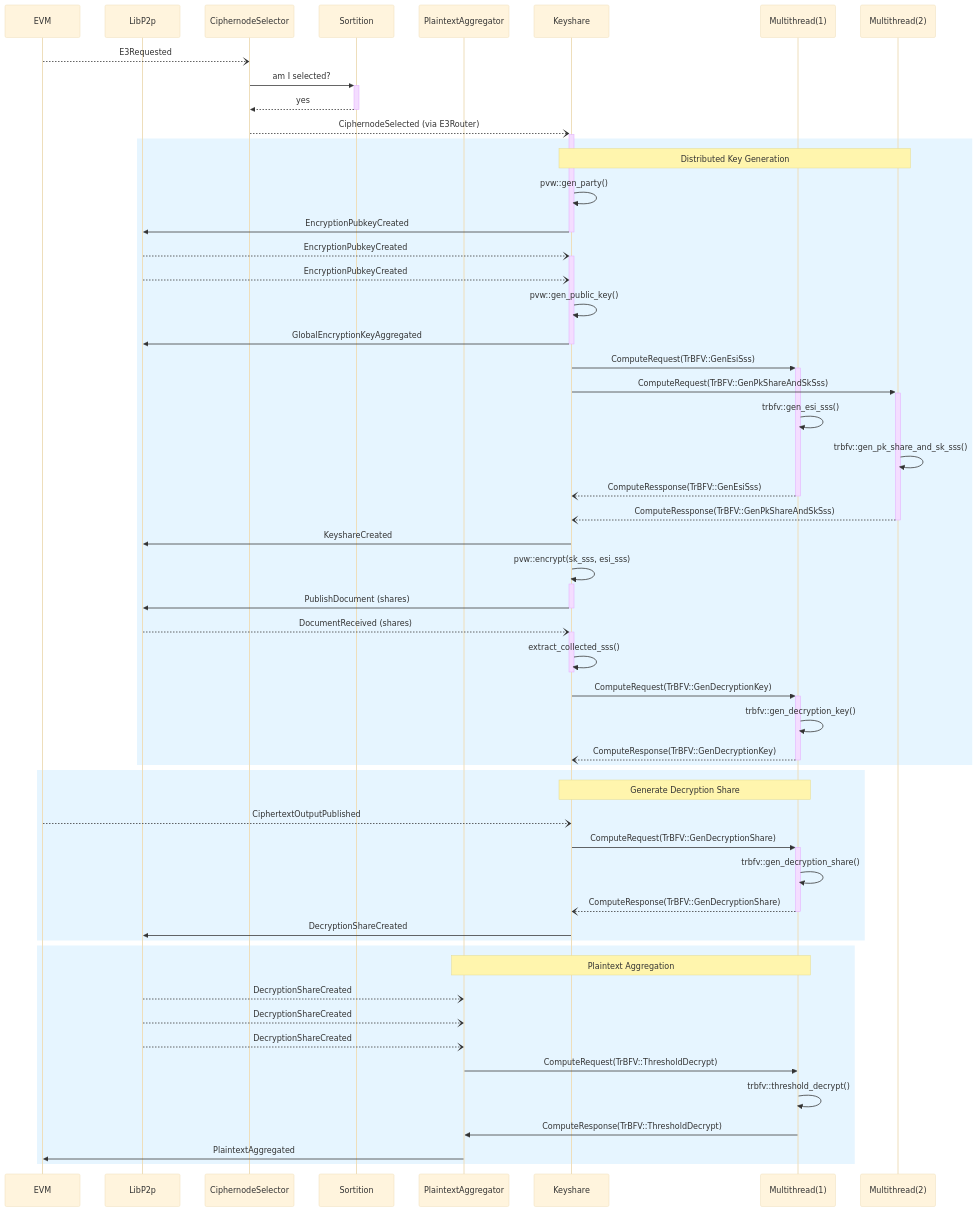
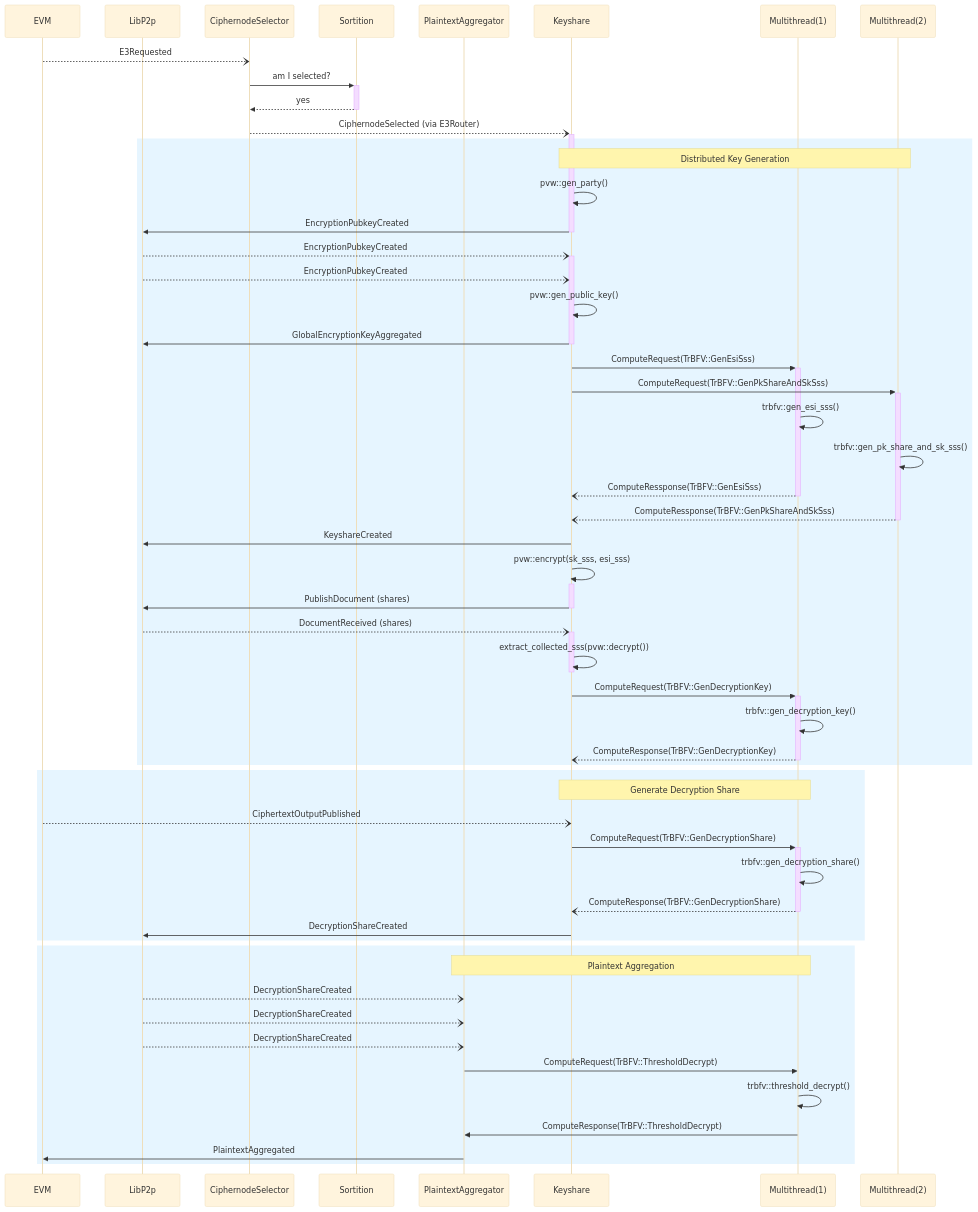
One commit to gnosisguild/enclave changed the diagram in crates/events/trbfv_actor_seq.mmd. Above: the diagram before and after it, drawn with Mermaid (base theme).

```diff
--- a/crates/events/trbfv_actor_seq.mmd
+++ b/crates/events/trbfv_actor_seq.mmd
@@ -1,61 +1,61 @@
 sequenceDiagram
   participant E as EVM
   participant L as LibP2p
   participant CS as CiphernodeSelector
   participant S as Sortition
   participant P as PlaintextAggregator
   participant K as Keyshare
   participant M as Multithread(1)
   participant M2 as Multithread(2)
 
 
   E --) CS: E3Requested
   CS ->>+ S: am I selected?
   S -->>- CS: yes
   CS --)+ K: CiphernodeSelected (via E3Router)
 
   rect rgb(230, 245, 255)
     Note over K,M2: Distributed Key Generation 
     K ->> K: pvw::gen_party()
     K ->>- L: EncryptionPubkeyCreated
     L --)+ K: EncryptionPubkeyCreated
     L --) K: EncryptionPubkeyCreated
     K ->> K: pvw::gen_public_key()
     K ->>- L: GlobalEncryptionKeyAggregated
     K ->>+ M: ComputeRequest(TrBFV::GenEsiSss)
     K ->>+ M2: ComputeRequest(TrBFV::GenPkShareAndSkSss)
     M ->> M: trbfv::gen_esi_sss()
     M2 ->> M2: trbfv::gen_pk_share_and_sk_sss()
     M --)- K: ComputeRessponse(TrBFV::GenEsiSss)
     M2 --)- K: ComputeRessponse(TrBFV::GenPkShareAndSkSss)
     K ->> L: KeyshareCreated
     K ->>+ K: pvw::encrypt(sk_sss, esi_sss)
     K ->>- L: PublishDocument (shares)
     L --)+ K: DocumentReceived (shares)
-    K ->>- K: extract_collected_sss()
+    K ->>- K: extract_collected_sss(pvw::decrypt())
     K ->>+ M: ComputeRequest(TrBFV::GenDecryptionKey)
     M ->> M: trbfv::gen_decryption_key()
     M --)- K: ComputeResponse(TrBFV::GenDecryptionKey)
   end
 
   rect rgb(230, 245, 255)
     Note over K,M: Generate Decryption Share
     E --) K: CiphertextOutputPublished
     K ->>+ M: ComputeRequest(TrBFV::GenDecryptionShare)
     M ->> M: trbfv::gen_decryption_share()
     M --)- K: ComputeResponse(TrBFV::GenDecryptionShare)
     K ->> L: DecryptionShareCreated
   end
 
   rect rgb(230, 245, 255)
     Note over P,M: Plaintext Aggregation
     L --) P: DecryptionShareCreated
     L --) P: DecryptionShareCreated
     L --) P: DecryptionShareCreated
     P ->> M: ComputeRequest(TrBFV::ThresholdDecrypt)
     M ->> M: trbfv::threshold_decrypt()
     M ->> P: ComputeResponse(TrBFV::ThresholdDecrypt)
     P ->> E: PlaintextAggregated
   end
 
   autonumber
```
